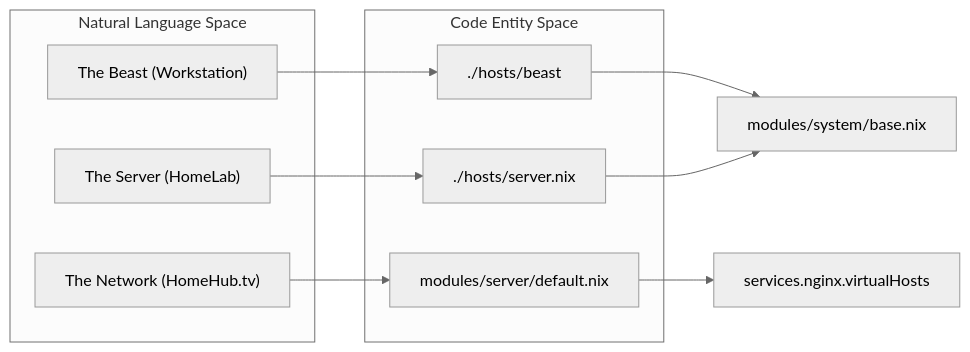
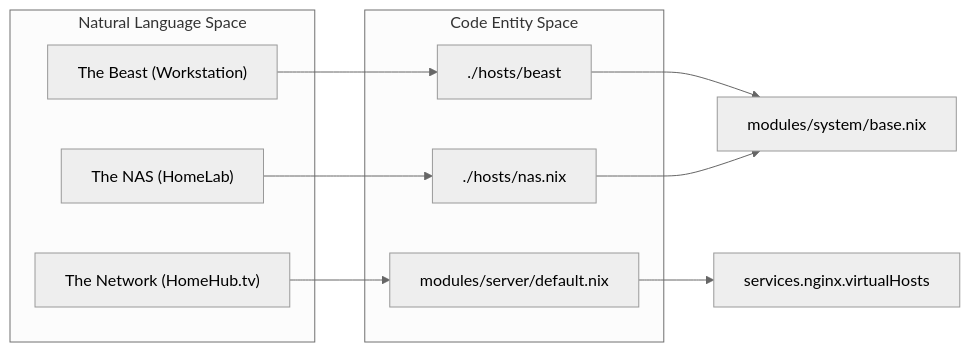
One commit to Cody-W-Tucker/nix-config changed the first of 2 diagrams in docs/Glossary.md. Above: the diagram before and after it, drawn with Mermaid (neutral theme). The commit also changed other lines of this file and 24 other files, not shown here.

First line of the commit message:
migrate server to nas

````diff
--- a/docs/Glossary.md
+++ b/docs/Glossary.md
@@ -17,21 +17,21 @@
 ```mermaid
 flowchart LR
     B_Base["modules/system/base.nix"]
     Nginx["services.nginx.virtualHosts"]
     subgraph subGraph1 ["Code Entity Space"]
         A_Code["./hosts/beast"]
-        B_Code["./hosts/server.nix"]
+        B_Code["./hosts/nas.nix"]
         C_Code["modules/server/default.nix"]
     end
     subgraph subGraph0 ["Natural Language Space"]
         A["The Beast (Workstation)"]
-        B["The Server (HomeLab)"]
+        B["The NAS (HomeLab)"]
         C["The Network (HomeHub.tv)"]
     end
     A --> A_Code
     B --> B_Code
     C --> C_Code
     A_Code --> B_Base
     B_Code --> B_Base
     C_Code --> Nginx
 ```
````
